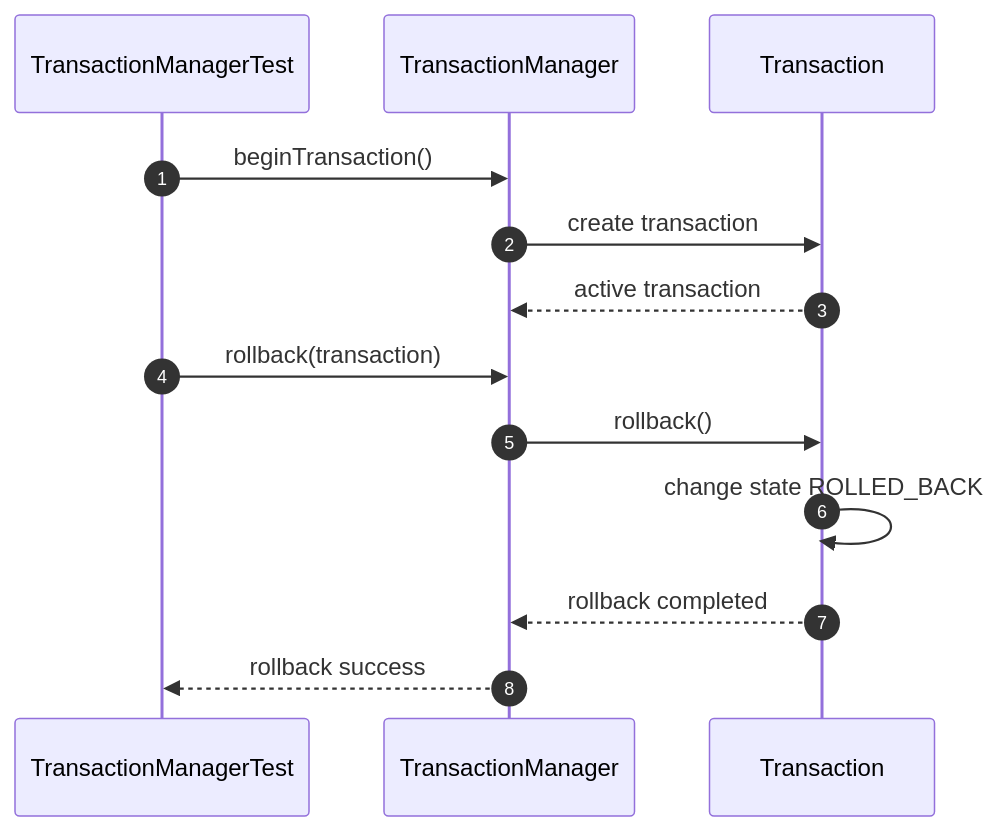
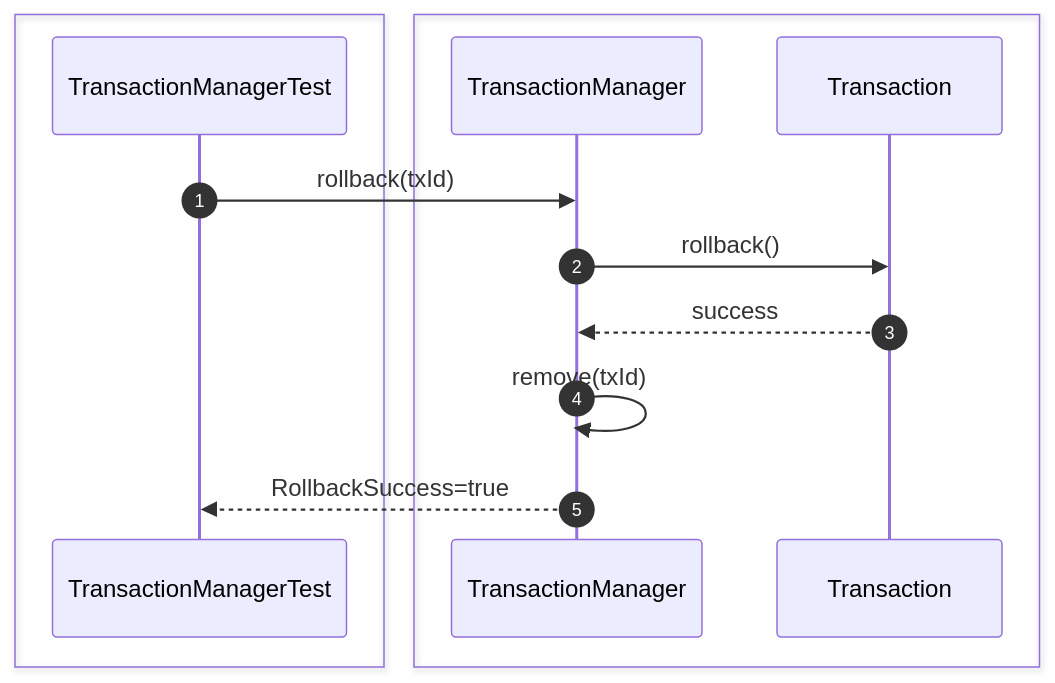
One commit to Huy1801214/dbms-architecture changed the third of 54 diagrams in src/sequence/transaction.md. Above: the diagram before and after it, drawn with Mermaid. The commit also changed other lines of this file and 10 other files, not shown here.

Commit message:
add comprehensive sequence diagrams and documentation for system architecture and unit testing specifications

````diff
--- a/src/sequence/transaction.md
+++ b/src/sequence/transaction.md
@@ -56,24 +45,18 @@
 ```mermaid
 sequenceDiagram
     autonumber
 
+    box #e1f5fe Test Suite
     participant Test as TransactionManagerTest
+    end
+    box #ffebee Transaction Components
     participant Manager as TransactionManager
     participant Tx as Transaction
+    end
 
-    Test->>Manager: beginTransaction()
-
-    Manager->>Tx: create transaction
-
-    Tx-->>Manager: active transaction
-
-    Test->>Manager: rollback(transaction)
-
+    Test->>Manager: rollback(txId)
     Manager->>Tx: rollback()
-
-    Tx->>Tx: change state ROLLED_BACK
-
-    Tx-->>Manager: rollback completed
-
-    Manager-->>Test: rollback success
+    Tx-->>Manager: success
+    Manager->>Manager: remove(txId)
+    Manager-->>Test: RollbackSuccess=true
 ```
````
